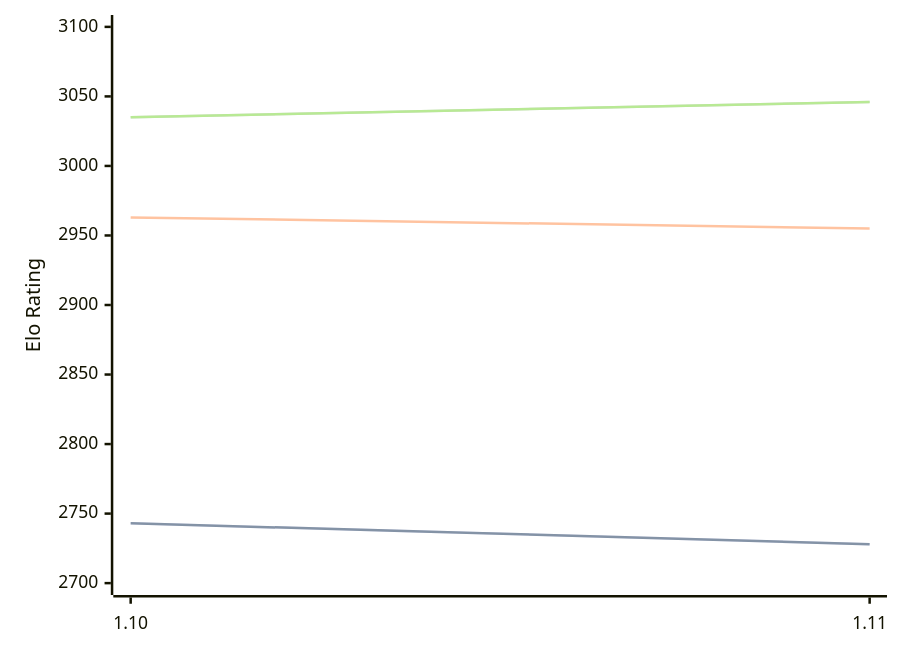
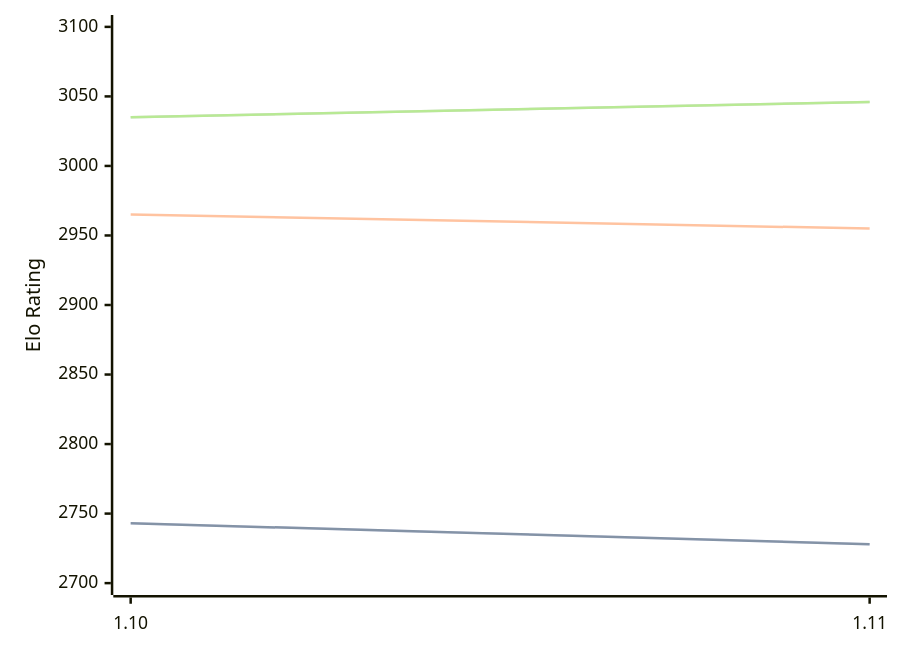
Before and after one commit to computer-chess-index/cci: the diagram in engines/Roc.md, drawn with Mermaid. The commit also changed other lines of this file, not shown here.

````diff
--- a/engines/Roc.md
+++ b/engines/Roc.md
@@ -42,11 +42,11 @@
 ```mermaid
 %%{init: {"theme":"base","themeVariables":{"seriesColors:['#a3a3a3','#222221','#faa371']}}}%%
 xychart-beta
   x-axis ["1.10", "1.11"]
   y-axis "Elo Rating" 2700 --> 3100
   line "" [2743, 2728]
   line "STC (8.0+0.08s)" [2743, 2728]
-  line "LTC (60.0+0.60s)" [2963, 2955]
+  line "LTC (60.0+0.60s)" [2965, 2955]
   line "" [3035, 3046]
   line "VLTC (2m24s+1.12s)" [3035, 3046]
 ```
````
